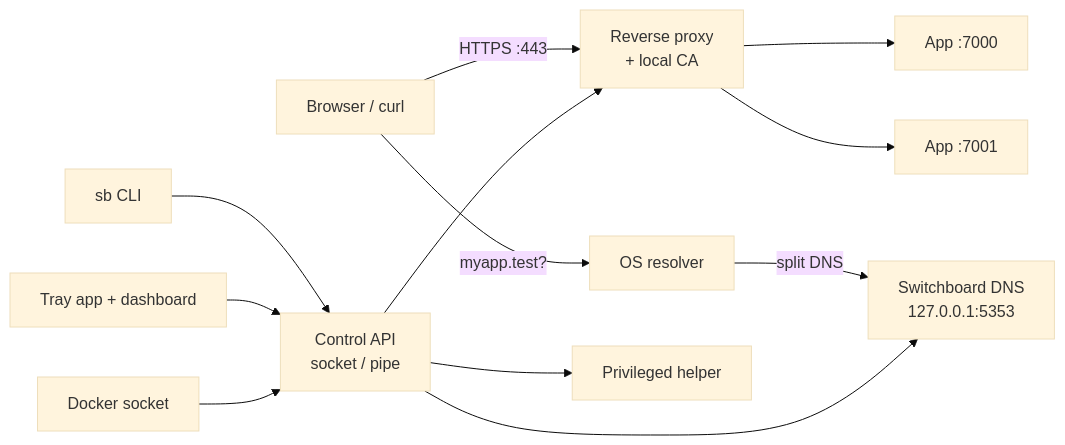
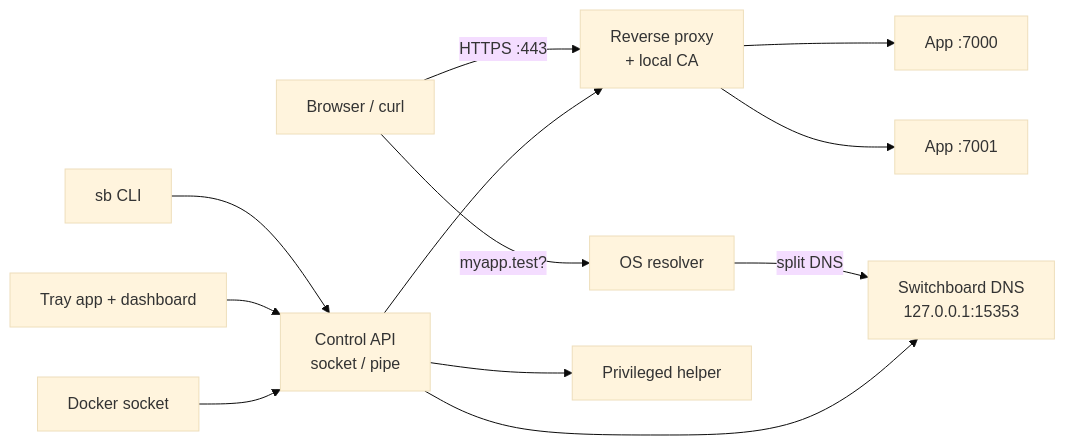
The diagram in docs/product-specification.md (nanaaikinson/switchboard), drawn with Mermaid (base theme) before and after one commit. The commit also changed other lines of this file and 7 other files, not shown here.

First line of the commit message:
feat(dns): loopback DNS server for Switchboard TLDs (#2)

````diff
--- a/docs/product-specification.md
+++ b/docs/product-specification.md
@@ -184,14 +184,14 @@
 ```mermaid
 flowchart LR
   B[Browser / curl] -->|myapp.test?| OS[OS resolver]
-  OS -->|split DNS| DNS[Switchboard DNS<br/>127.0.0.1:5353]
+  OS -->|split DNS| DNS[Switchboard DNS<br/>127.0.0.1:15353]
   B -->|HTTPS :443| PX[Reverse proxy<br/>+ local CA]
   PX --> A1[App :7000]
   PX --> A2[App :7001]
   CLI[sb CLI] --> API[Control API<br/>socket / pipe]
   GUI[Tray app + dashboard] --> API
   API --> PX
   API --> DNS
   DK[Docker socket] --> API
   API --> H[Privileged helper]
 ```
````
